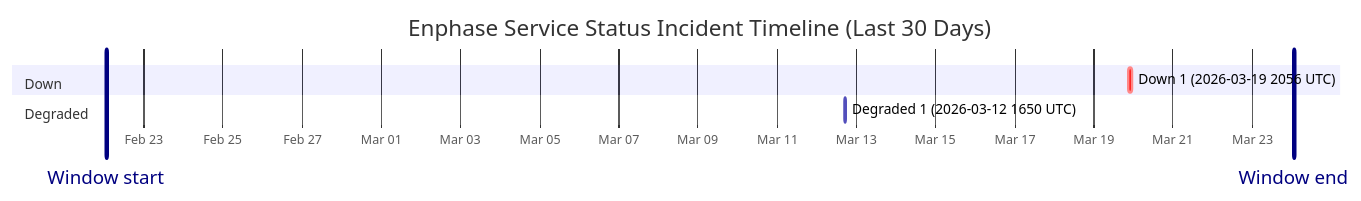
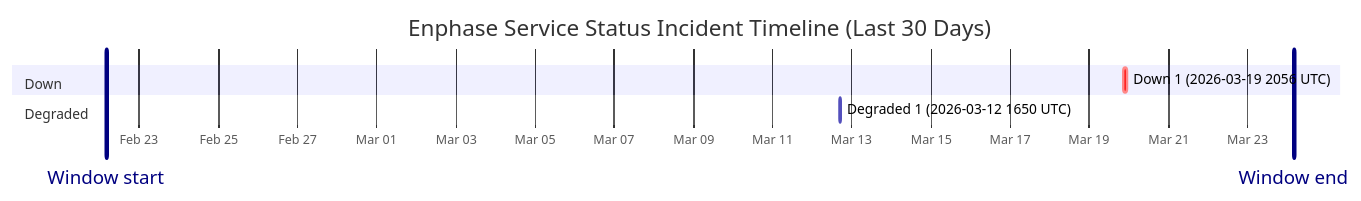
The diagram in wiki/Service-Status-History.md (barneyonline/ha-enphase-ev-charger), drawn with Mermaid before and after one commit. The commit also changed other lines of this file and 3 other files, not shown here.

````diff
--- a/wiki/Service-Status-History.md
+++ b/wiki/Service-Status-History.md
@@ -14,12 +14,12 @@
 ```mermaid
 gantt
     title Enphase Service Status Incident Timeline (Last 30 Days)
     dateFormat  YYYY-MM-DDTHH:mm:ss
     axisFormat  %b %d
-    Window start :vert, window-start, 2026-02-22T01:12:57, 0ms
-    Window end :vert, window-end, 2026-03-24T01:12:57, 0ms
+    Window start :vert, window-start, 2026-02-22T04:09:26, 0ms
+    Window end :vert, window-end, 2026-03-24T04:09:26, 0ms
     section Down
     Down 1 (2026-03-19 2056 UTC) :crit, down-1, 2026-03-19T20:56:20, 145m
     section Degraded
     Degraded 1 (2026-03-12 1650 UTC) :active, degraded-1, 2026-03-12T16:50:43, 60m
 ```
````
